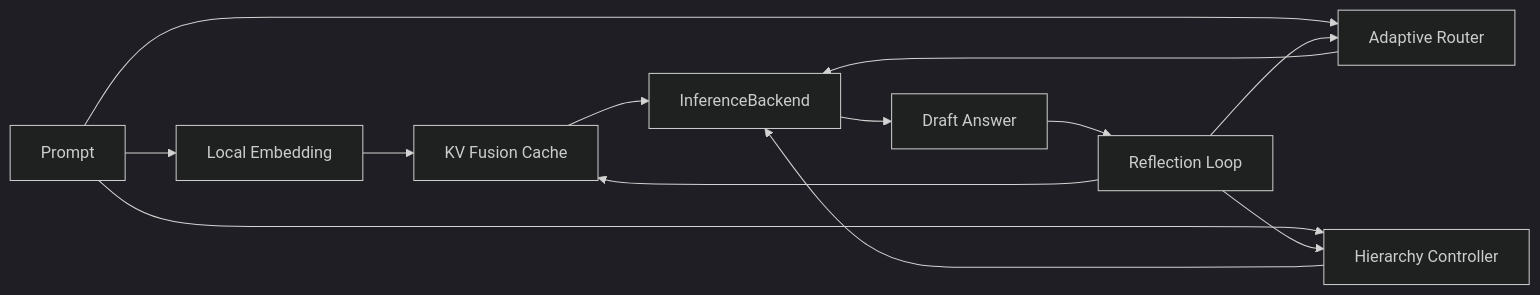
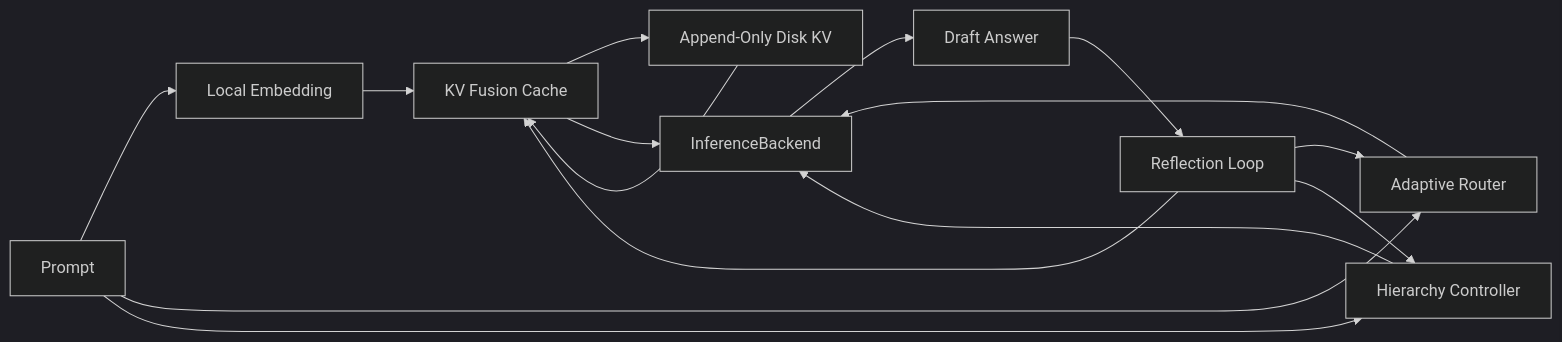
Before and after one commit to yanghao1143/rust-norion: the diagram in README.md, drawn with Mermaid (dark theme). The commit also changed other lines of this file and 4 other files, not shown here.

Commit message:
Add append-only disk KV store

````diff
--- a/README.md
+++ b/README.md
@@ -86,15 +87,17 @@
 ```mermaid
 flowchart LR
     Prompt[Prompt] --> Embed[Local Embedding]
     Embed --> Memory[KV Fusion Cache]
+    Memory --> DiskKV[Append-Only Disk KV]
     Prompt --> Router[Adaptive Router]
     Prompt --> Hierarchy[Hierarchy Controller]
     Memory --> Backend[InferenceBackend]
+    DiskKV --> Memory
     Router --> Backend
     Hierarchy --> Backend
     Backend --> Draft[Draft Answer]
     Draft --> Reflect[Reflection Loop]
     Reflect --> Memory
     Reflect --> Router
     Reflect --> Hierarchy
 ```
````
